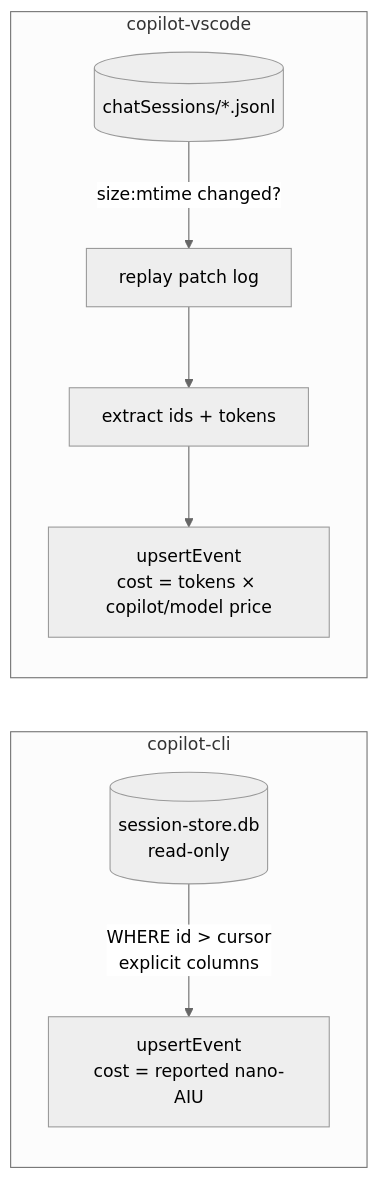
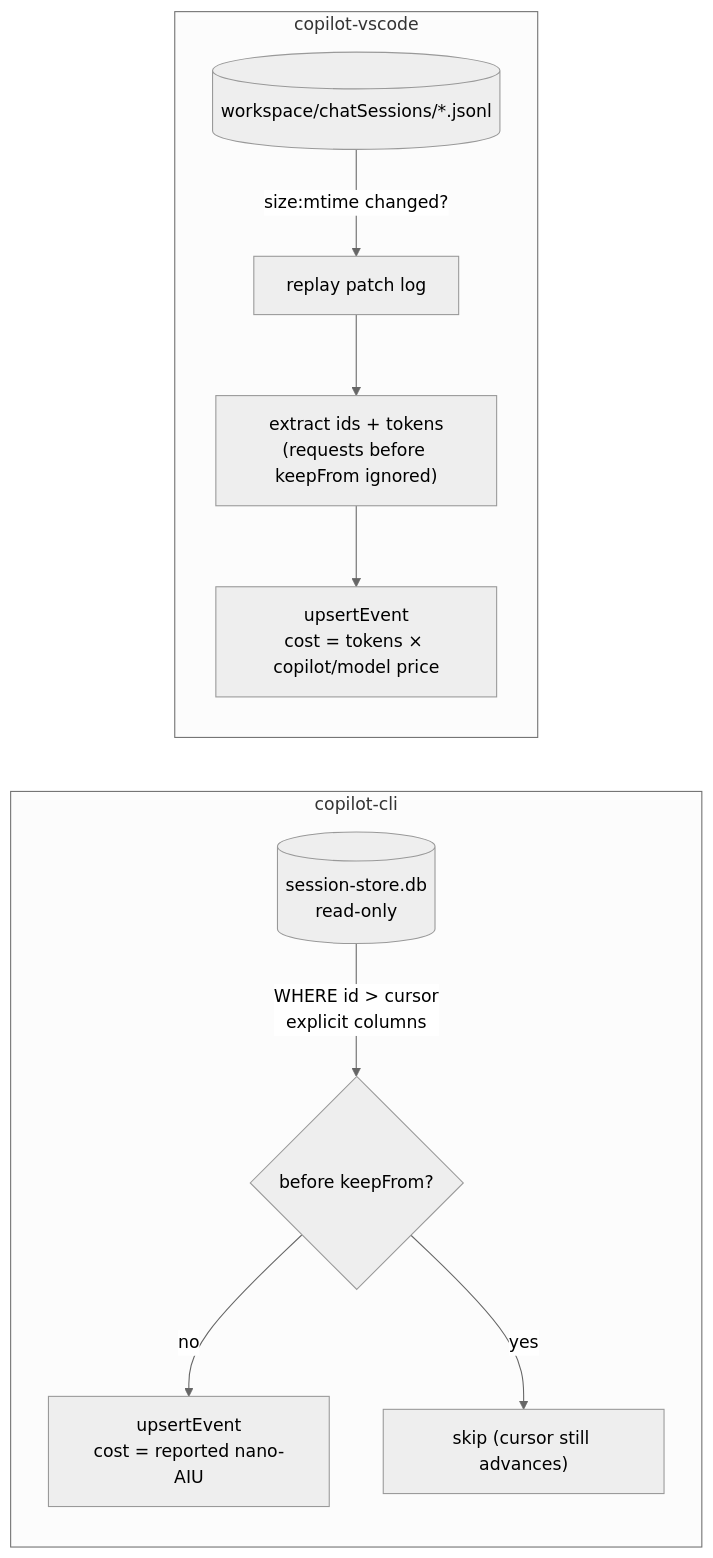
One commit to KevinRebakure/BeAware changed the sixth of 6 diagrams in docs/developer/flows.md. Above: the diagram before and after it, drawn with Mermaid (neutral theme). The commit also changed other lines of this file and 8 other files, not shown here.

Commit message:
update architecture and documentation for data retention and screen handling

````diff
--- a/docs/developer/flows.md
+++ b/docs/developer/flows.md
@@ -75,9 +88,11 @@
 ```mermaid
 flowchart LR
   subgraph cli["copilot-cli"]
-    DB[("session-store.db<br/>read-only")] -->|"WHERE id > cursor<br/>explicit columns"| E1["upsertEvent<br/>cost = reported nano-AIU"]
+    DB[("session-store.db<br/>read-only")] -->|"WHERE id > cursor<br/>explicit columns"| K1{"before keepFrom?"}
+    K1 -- no --> E1["upsertEvent<br/>cost = reported nano-AIU"]
+    K1 -- yes --> S1["skip (cursor still advances)"]
   end
   subgraph vs["copilot-vscode"]
-    F[("chatSessions/*.jsonl")] -->|"size:mtime changed?"| R["replay patch log"] --> X["extract ids + tokens"] --> E2["upsertEvent<br/>cost = tokens × copilot/model price"]
+    F[("workspace/chatSessions/*.jsonl")] -->|"size:mtime changed?"| R["replay patch log"] --> X["extract ids + tokens<br/>(requests before keepFrom ignored)"] --> E2["upsertEvent<br/>cost = tokens × copilot/model price"]
   end
 ```
````
